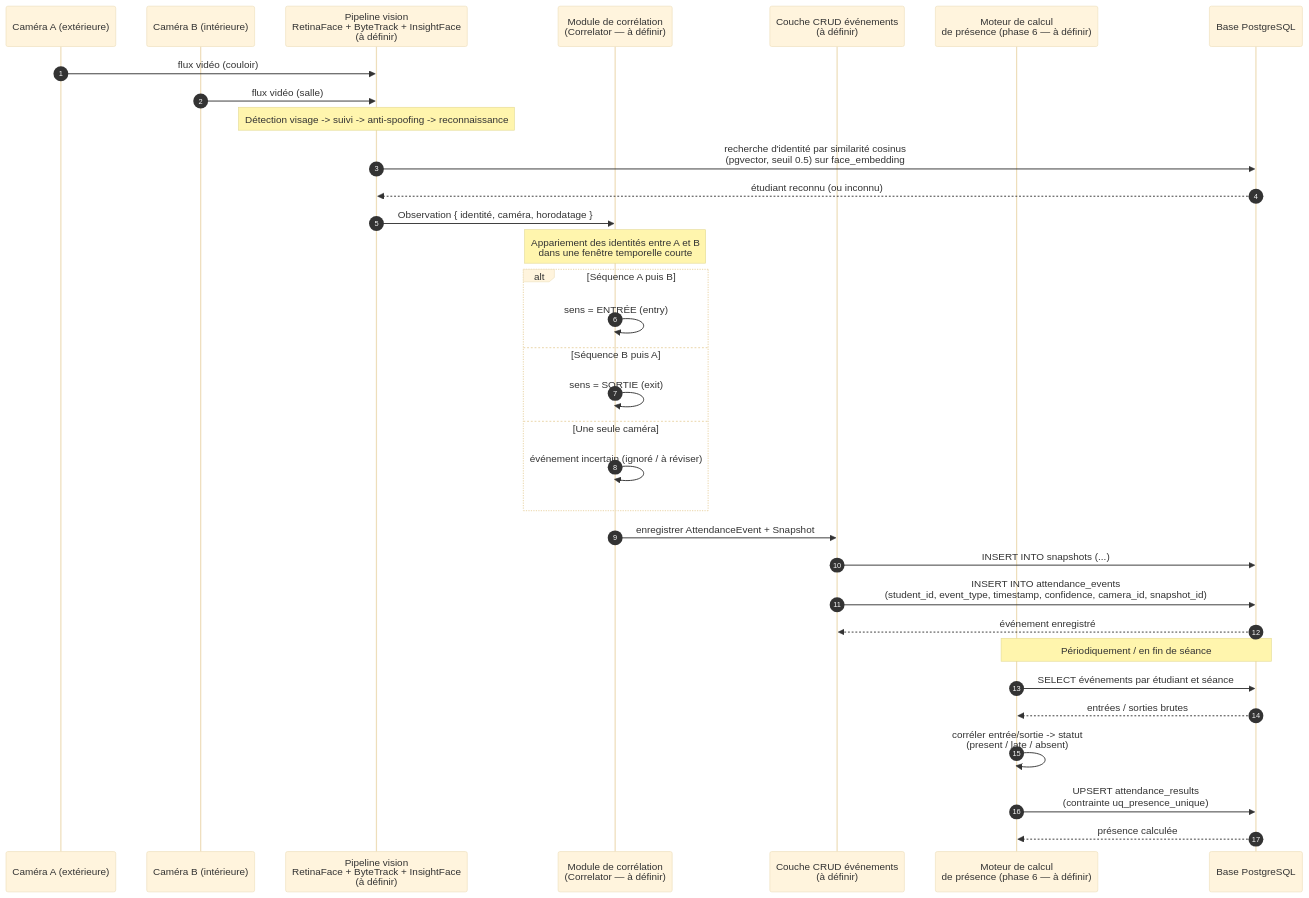
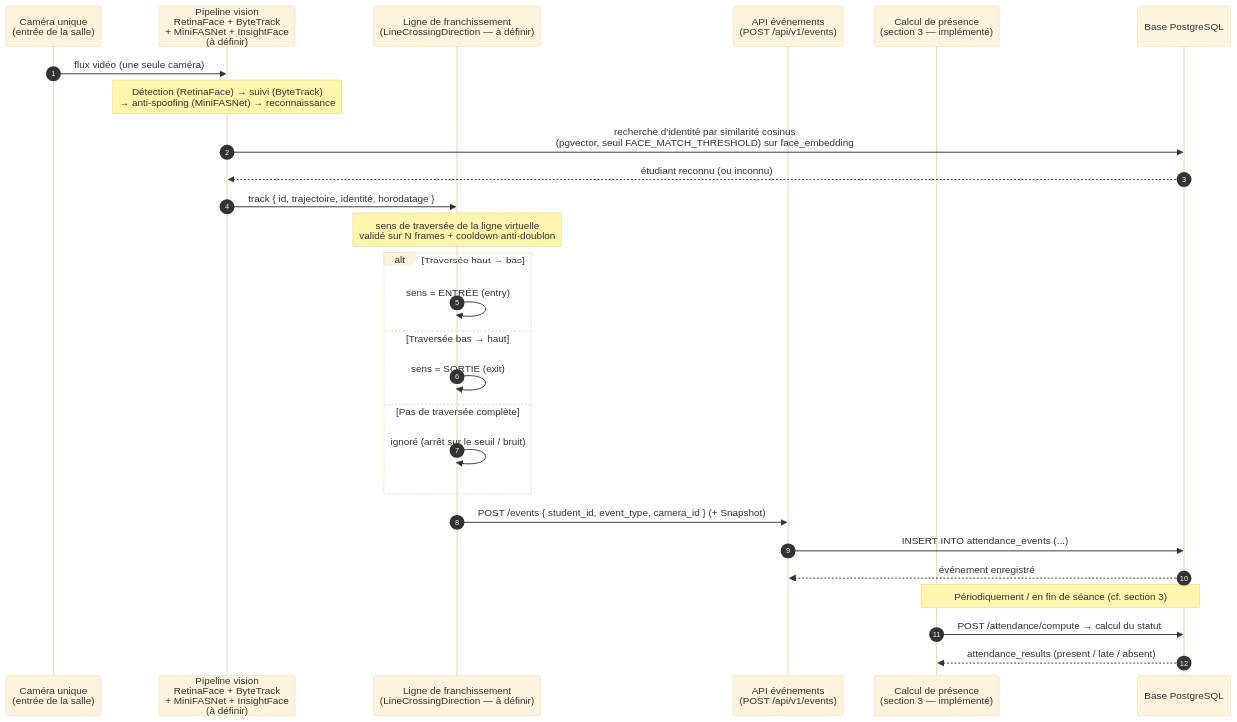
One commit to Ammar-El-Maghevry/pi-s4 changed the fourth of 4 diagrams in docs/diagrams/diagrammes_sequence.md. Above: the diagram before and after it, drawn with Mermaid (base theme). The commit also changed other lines of this file and 4 other files, not shown here.

First line of the commit message:
docs+config: architecture camera unique (ligne de franchissement)

````diff
--- a/docs/diagrams/diagrammes_sequence.md
+++ b/docs/diagrams/diagrammes_sequence.md
@@ -97,40 +152,34 @@
 ```mermaid
 sequenceDiagram
     autonumber
-    participant CamA as Caméra A (extérieure)
-    participant CamB as Caméra B (intérieure)
-    participant Pipe as Pipeline vision<br/>RetinaFace + ByteTrack + InsightFace<br/>(à définir)
-    participant Corr as Module de corrélation<br/>(Correlator — à définir)
-    participant CRUD as Couche CRUD événements<br/>(à définir)
-    participant Engine as Moteur de calcul<br/>de présence (phase 6 — à définir)
+    participant Cam as Caméra unique<br/>(entrée de la salle)
+    participant Pipe as Pipeline vision<br/>RetinaFace + ByteTrack<br/>+ MiniFASNet + InsightFace<br/>(à définir)
+    participant Line as Ligne de franchissement<br/>(LineCrossingDirection — à définir)
+    participant API as API événements<br/>(POST /api/v1/events)
+    participant Engine as Calcul de présence<br/>(section 3 — implémenté)
     participant DB as Base PostgreSQL
 
-    CamA->>Pipe: flux vidéo (couloir)
-    CamB->>Pipe: flux vidéo (salle)
+    Cam->>Pipe: flux vidéo (une seule caméra)
 
-    Note over Pipe: Détection visage -> suivi -> anti-spoofing -> reconnaissance
-    Pipe->>DB: recherche d'identité par similarité cosinus<br/>(pgvector, seuil 0.5) sur face_embedding
+    Note over Pipe: Détection (RetinaFace) → suivi (ByteTrack)<br/>→ anti-spoofing (MiniFASNet) → reconnaissance
+    Pipe->>DB: recherche d'identité par similarité cosinus<br/>(pgvector, seuil FACE_MATCH_THRESHOLD) sur face_embedding
     DB-->>Pipe: étudiant reconnu (ou inconnu)
-    Pipe->>Corr: Observation { identité, caméra, horodatage }
 
-    Note over Corr: Appariement des identités entre A et B<br/>dans une fenêtre temporelle courte
-    alt Séquence A puis B
-        Corr->>Corr: sens = ENTRÉE (entry)
-    else Séquence B puis A
-        Corr->>Corr: sens = SORTIE (exit)
-    else Une seule caméra
-        Corr->>Corr: événement incertain (ignoré / à réviser)
+    Pipe->>Line: track { id, trajectoire, identité, horodatage }
+    Note over Line: sens de traversée de la ligne virtuelle<br/>validé sur N frames + cooldown anti-doublon
+    alt Traversée haut → bas
+        Line->>Line: sens = ENTRÉE (entry)
+    else Traversée bas → haut
+        Line->>Line: sens = SORTIE (exit)
+    else Pas de traversée complète
+        Line->>Line: ignoré (arrêt sur le seuil / bruit)
     end
 
-    Corr->>CRUD: enregistrer AttendanceEvent + Snapshot
-    CRUD->>DB: INSERT INTO snapshots (...)
-    CRUD->>DB: INSERT INTO attendance_events<br/>(student_id, event_type, timestamp, confidence, camera_id, snapshot_id)
-    DB-->>CRUD: événement enregistré
+    Line->>API: POST /events { student_id, event_type, camera_id } (+ Snapshot)
+    API->>DB: INSERT INTO attendance_events (...)
+    DB-->>API: événement enregistré
 
-    Note over Engine,DB: Périodiquement / en fin de séance
-    Engine->>DB: SELECT événements par étudiant et séance
-    DB-->>Engine: entrées / sorties brutes
-    Engine->>Engine: corréler entrée/sortie -> statut<br/>(present / late / absent)
-    Engine->>DB: UPSERT attendance_results<br/>(contrainte uq_presence_unique)
-    DB-->>Engine: présence calculée
+    Note over Engine,DB: Périodiquement / en fin de séance (cf. section 3)
+    Engine->>DB: POST /attendance/compute → calcul du statut
+    DB-->>Engine: attendance_results (present / late / absent)
 ```
````
